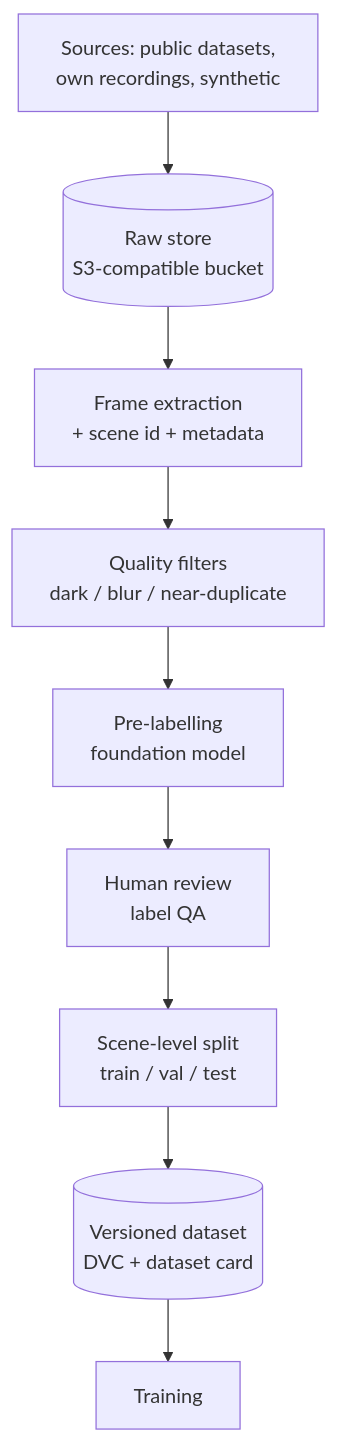
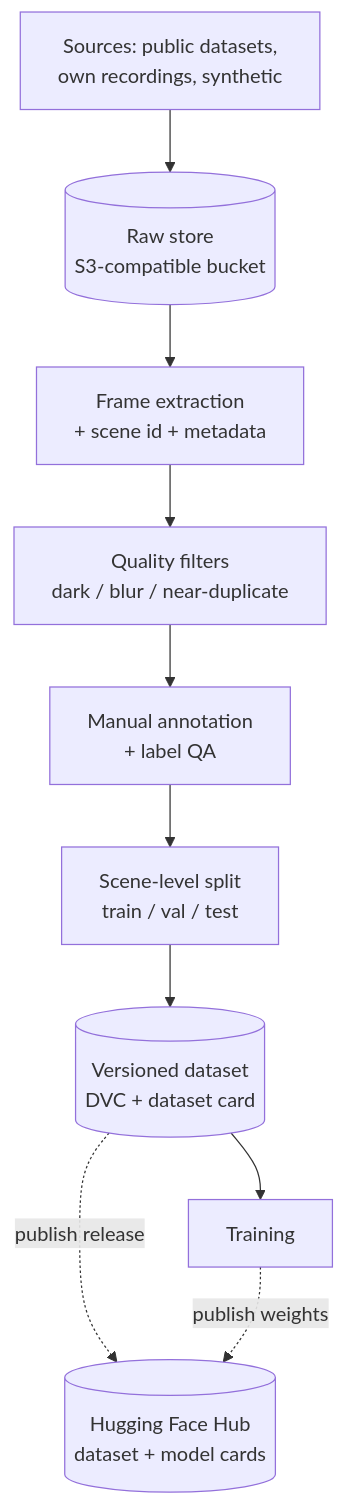
Before and after one commit to adam04-D/vaso-traffic: the first of 6 diagrams in technical_spec.md, drawn with Mermaid. The commit also changed other lines of this file and 1 other file, not shown here.

````diff
--- a/technical_spec.md
+++ b/technical_spec.md
@@ -31,11 +31,12 @@
 ```mermaid
 flowchart TD
     SRC[Sources: public datasets,<br/>own recordings, synthetic] --> RAW[(Raw store<br/>S3-compatible bucket)]
     RAW --> EXT[Frame extraction<br/>+ scene id + metadata]
     EXT --> FIL[Quality filters<br/>dark / blur / near-duplicate]
-    FIL --> PRE[Pre-labelling<br/>foundation model]
-    PRE --> REV[Human review<br/>label QA]
+    FIL --> REV[Manual annotation<br/>+ label QA]
     REV --> SPL[Scene-level split<br/>train / val / test]
     SPL --> VER[(Versioned dataset<br/>DVC + dataset card)]
     VER --> TRAIN[Training]
+    VER -.->|publish release| HF[(Hugging Face Hub<br/>dataset + model cards)]
+    TRAIN -.->|publish weights| HF
 ```
````
